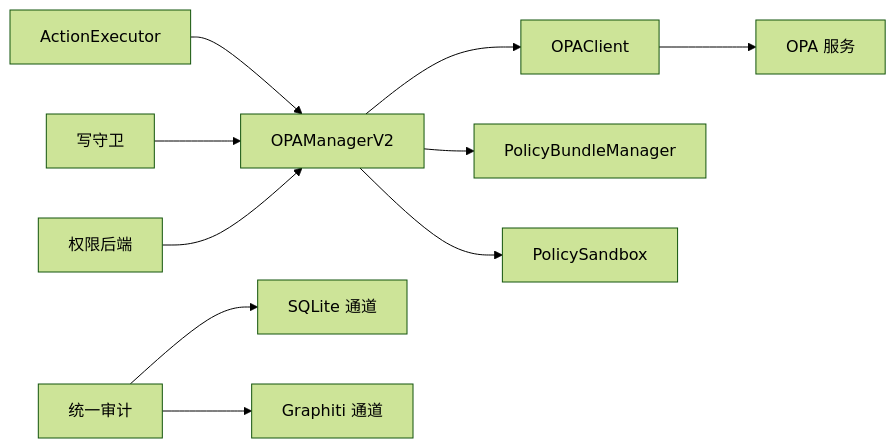
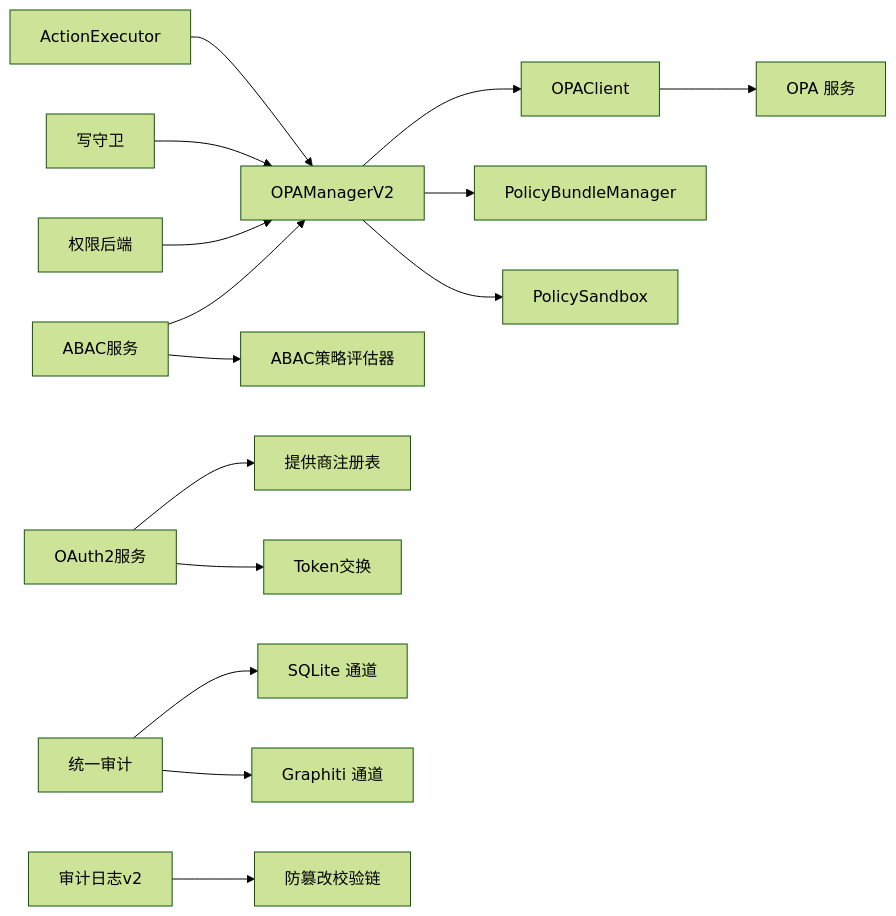
One commit to inier/ontology-graphiti changed diagram 11 of 11 in .qoder/repowiki/zh/content/项目概述/核心特性/策略治理系统/策略治理系统.md. Above: the diagram before and after it, drawn with Mermaid (forest theme). The commit also changed other lines of this file and 64 other files, not shown here.

````diff
--- a/.qoder/repowiki/zh/content/项目概述/核心特性/策略治理系统/策略治理系统.md
+++ b/.qoder/repowiki/zh/content/项目概述/核心特性/策略治理系统/策略治理系统.md
@@ -347,12 +461,17 @@
 ```mermaid
 graph LR
 Exec["ActionExecutor"] --> OPA["OPAManagerV2"]
 Guard["写守卫"] --> OPA
 Backend["权限后端"] --> OPA
 OPA --> Client["OPAClient"]
 Client --> OPA_SRV["OPA 服务"]
 OPA --> Bundle["PolicyBundleManager"]
 OPA --> Sandbox["PolicySandbox"]
+ABAC["ABAC服务"] --> OPA
+ABAC --> ABAC_EVAL["ABAC策略评估器"]
+Auth["OAuth2服务"] --> Registry["提供商注册表"]
+Auth --> Token["Token交换"]
 Audit["统一审计"] --> SQLite["SQLite 通道"]
 Audit --> Graphiti["Graphiti 通道"]
+AuditV2["审计日志v2"] --> HashChain["防篡改校验链"]
 ```
````
